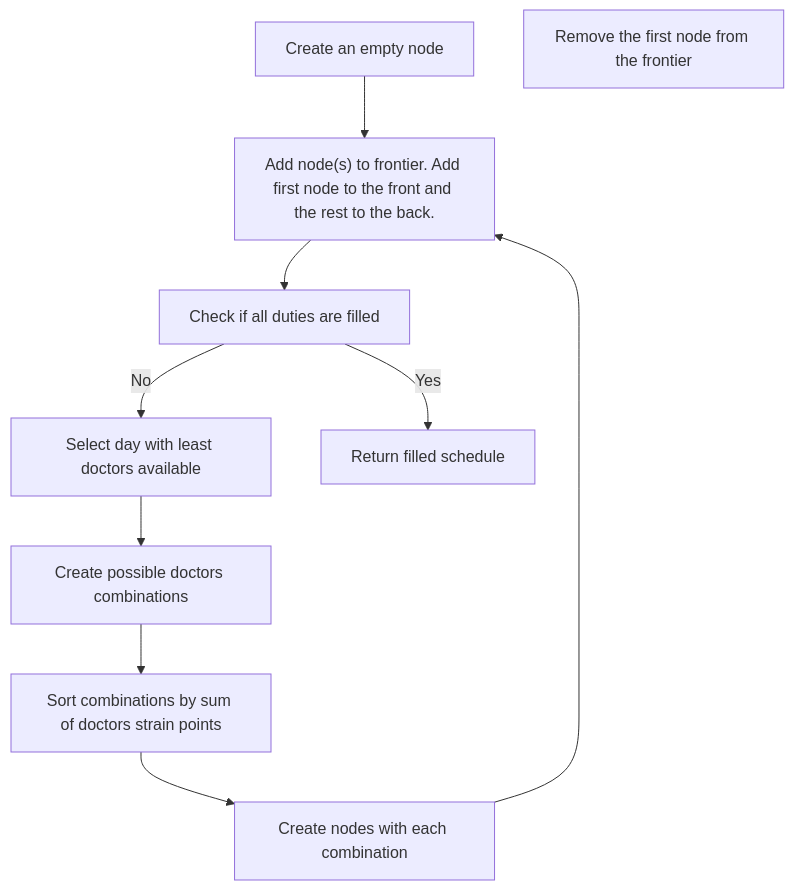
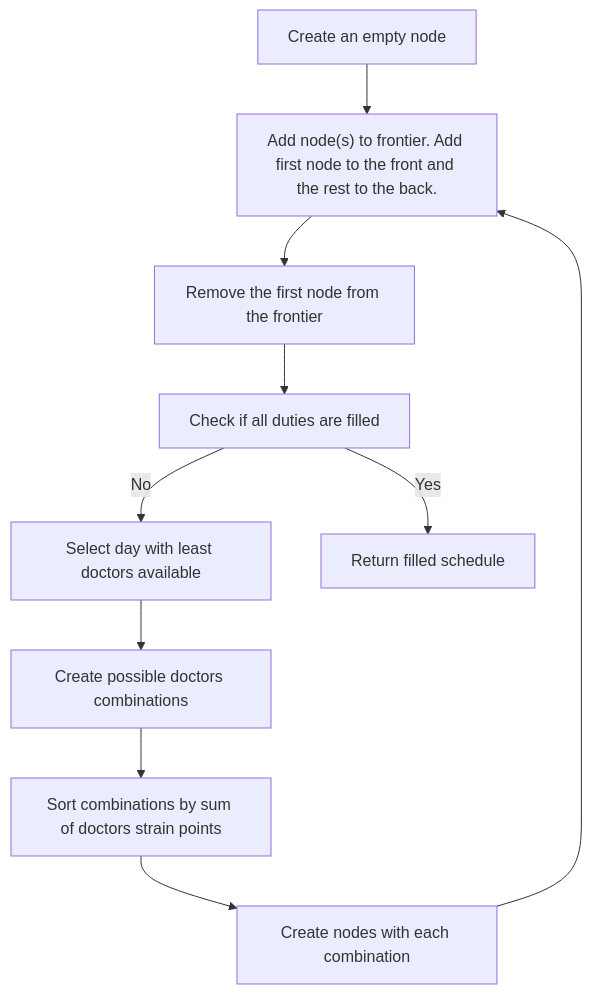
Before and after one commit to marcinbogdanowicz/MedDutiesRevisited: the diagram in README.md, drawn with Mermaid.

Commit message:
Fix mermaid graph

````diff
--- a/README.md
+++ b/README.md
@@ -635,15 +635,15 @@
 ```mermaid
 graph TD
     START[Create an empty node]
     ADD["Add node(s) to frontier. Add first node to the front and the rest to the back."]
     POP[Remove the first node from the frontier]
     CHECK_IF_SET[Check if all duties are filled]
     SELECT_DAY[Select day with least doctors available]
     SORT_COMBS[Sort combinations by sum of doctors strain points]
     CREATE_COMBS[Create possible doctors combinations]
     CREATE_NODES[Create nodes with each combination]
 
-    START --> ADD --> CHECK_IF_SET 
+    START --> ADD --> POP --> CHECK_IF_SET 
     CHECK_IF_SET --"Yes"--> RETURN[Return filled schedule]
     CHECK_IF_SET --"No"--> SELECT_DAY --> CREATE_COMBS --> SORT_COMBS --> CREATE_NODES --> ADD
 ```
````
